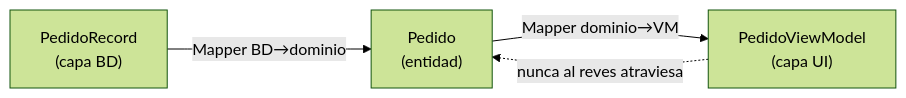
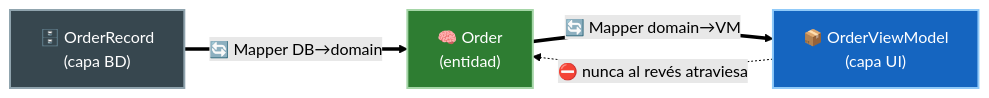
One commit to JavierMachucaA/clean-architecture-guia changed the second of 3 diagrams in 09-presenters-humble-objects/04-mappers-entre-capas.md. Above: the diagram before and after it, drawn with Mermaid (forest theme). The commit also changed other lines of this file and 45 other files, not shown here.

````diff
--- a/09-presenters-humble-objects/04-mappers-entre-capas.md
+++ b/09-presenters-humble-objects/04-mappers-entre-capas.md
@@ -24,6 +27,10 @@
 ```mermaid
 flowchart LR
-    R["PedidoRecord<br/>(capa BD)"] -->|Mapper BD→dominio| E["Pedido<br/>(entidad)"]
-    E -->|Mapper dominio→VM| VM["PedidoViewModel<br/>(capa UI)"]
-    VM -.->|nunca al reves atraviesa| E
+    R["🗄️ OrderRecord<br/>(capa BD)"] ==>|"🔄 Mapper DB→domain"| E["🧠 Order<br/>(entidad)"]
+    E ==>|"🔄 Mapper domain→VM"| VM["📦 OrderViewModel<br/>(capa UI)"]
+    VM -.->|"⛔ nunca al revés atraviesa"| E
+
+    style R fill:#37474f,stroke:#90a4ae,color:#fff,stroke-width:2px
+    style E fill:#2e7d32,stroke:#a5d6a7,color:#fff,stroke-width:2px
+    style VM fill:#1565c0,stroke:#90caf9,color:#fff,stroke-width:2px
 ```
````
